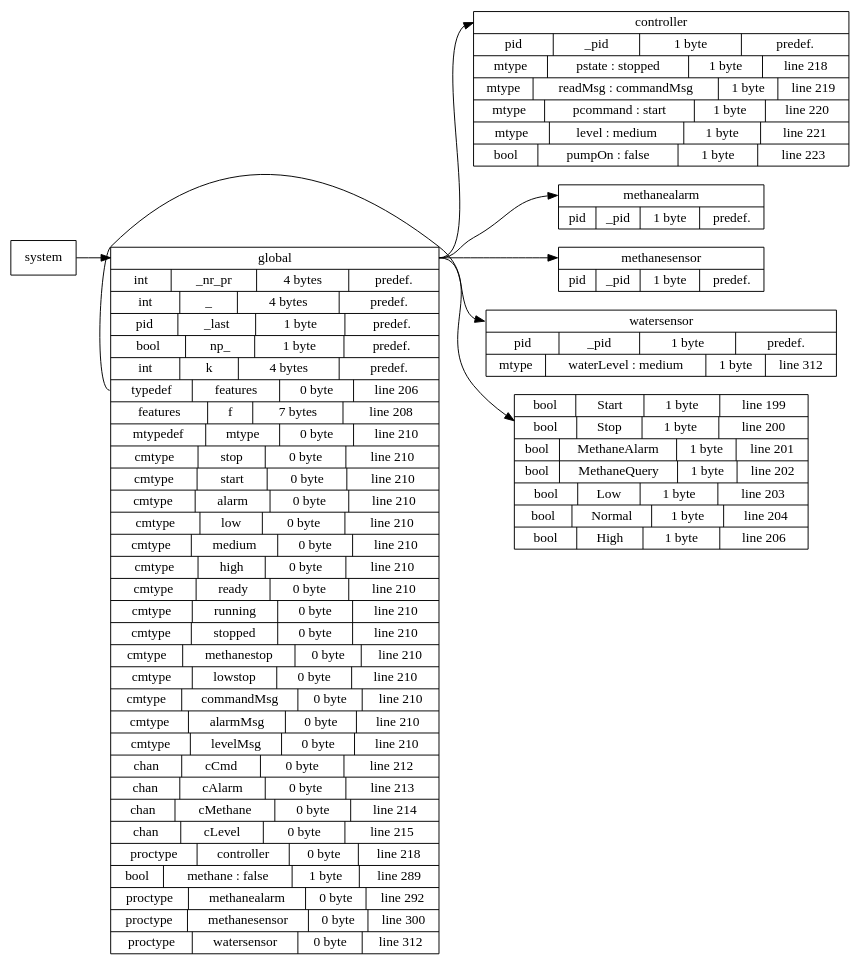
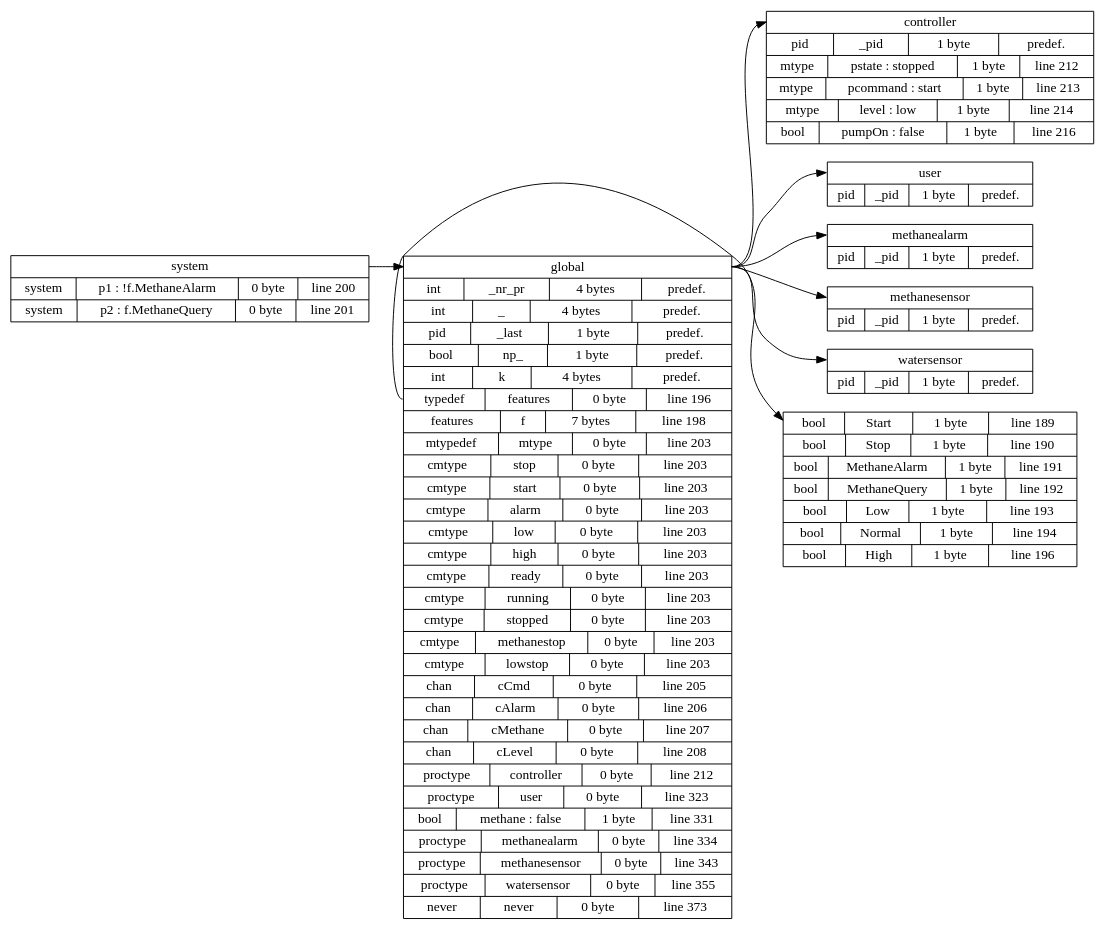
One commit to samilazregsuidi/Daedalux changed the diagram in sym_table_graphviz.dot. Above: the diagram before and after it, drawn with Graphviz. The commit also changed 150 other files, not shown here.

```diff
--- a/sym_table_graphviz.dot
+++ b/sym_table_graphviz.dot
@@ -1,35 +1,40 @@
 digraph symbol_table {
 	 rankdir = LR
-	system[ shape = record, label = "<f0> system"]
+	system[ shape = record, label = "<f0> system | { <94027330033664> system|p1 : !f.MethaneAlarm| 0 byte | line 200 } | { <94027330034928> system|p2 : f.MethaneQuery| 0 byte | line 201 }"]
 
-	global[ shape = record, label = "<f0> global | { <93824994262736> int|_nr_pr| 4 bytes | predef. } | { <93824994264896> int|_| 4 bytes | predef. } | { <93824994302080> pid|_last| 1 byte | predef. } | { <93824994302240> bool|np_| 1 byte | predef. } | { <93824994302400> int|k| 4 bytes | predef. } | { <93824994308128> typedef|features| 0 byte | line 206 } | { <93824994308688> features|f| 7 bytes | line 208 } | { <93824994309072> mtypedef|mtype| 0 byte | line 210 } | { <93824994309200> cmtype|stop| 0 byte | line 210 } | { <93824994309536> cmtype|start| 0 byte | line 210 } | { <93824994309760> cmtype|alarm| 0 byte | line 210 } | { <93824994309984> cmtype|low| 0 byte | line 210 } | { <93824994310208> cmtype|medium| 0 byte | line 210 } | { <93824994310432> cmtype|high| 0 byte | line 210 } | { <93824994310656> cmtype|ready| 0 byte | line 210 } | { <93824994311120> cmtype|running| 0 byte | line 210 } | { <93824994311344> cmtype|stopped| 0 byte | line 210 } | { <93824994311568> cmtype|methanestop| 0 byte | line 210 } | { <93824994311792> cmtype|lowstop| 0 byte | line 210 } | { <93824994312016> cmtype|commandMsg| 0 byte | line 210 } | { <93824994312240> cmtype|alarmMsg| 0 byte | line 210 } | { <93824994312464> cmtype|levelMsg| 0 byte | line 210 } | { <93824994313168> chan|cCmd| 0 byte | line 212 } | { <93824994313696> chan|cAlarm| 0 byte | line 213 } | { <93824994364784> chan|cMethane| 0 byte | line 214 } | { <93824994365312> chan|cLevel| 0 byte | line 215 } | { <93824994411280> proctype|controller| 0 byte | line 218 } | { <93824994411904> bool|methane : false| 1 byte | line 289 } | { <93824994416336> proctype|methanealarm| 0 byte | line 292 } | { <93824994424400> proctype|methanesensor| 0 byte | line 300 } | { <93824994443440> proctype|watersensor| 0 byte | line 312 }"]
+	global[ shape = record, label = "<f0> global | { <94027329986256> int|_nr_pr| 4 bytes | predef. } | { <94027329988416> int|_| 4 bytes | predef. } | { <94027330025600> pid|_last| 1 byte | predef. } | { <94027330025760> bool|np_| 1 byte | predef. } | { <94027330025920> int|k| 4 bytes | predef. } | { <94027330031648> typedef|features| 0 byte | line 196 } | { <94027330032208> features|f| 7 bytes | line 198 } | { <94027330035296> mtypedef|mtype| 0 byte | line 203 } | { <94027330035424> cmtype|stop| 0 byte | line 203 } | { <94027330035760> cmtype|start| 0 byte | line 203 } | { <94027330035984> cmtype|alarm| 0 byte | line 203 } | { <94027330036208> cmtype|low| 0 byte | line 203 } | { <94027330036432> cmtype|high| 0 byte | line 203 } | { <94027330036896> cmtype|ready| 0 byte | line 203 } | { <94027330037120> cmtype|running| 0 byte | line 203 } | { <94027330037344> cmtype|stopped| 0 byte | line 203 } | { <94027330087984> cmtype|methanestop| 0 byte | line 203 } | { <94027330088208> cmtype|lowstop| 0 byte | line 203 } | { <94027330088672> chan|cCmd| 0 byte | line 205 } | { <94027330089200> chan|cAlarm| 0 byte | line 206 } | { <94027330089728> chan|cMethane| 0 byte | line 207 } | { <94027330090256> chan|cLevel| 0 byte | line 208 } | { <94027330147712> proctype|controller| 0 byte | line 212 } | { <94027330153904> proctype|user| 0 byte | line 323 } | { <94027330154528> bool|methane : false| 1 byte | line 331 } | { <94027330158960> proctype|methanealarm| 0 byte | line 334 } | { <94027330167024> proctype|methanesensor| 0 byte | line 343 } | { <94027330172112> proctype|watersensor| 0 byte | line 355 } | { <94027330184992> never|never| 0 byte | line 373 }"]
 
-	controller[ shape = record, label = "<f0> controller | { <93824994366016> pid|_pid| 1 byte | predef. } | { <93824994366720> mtype|pstate : stopped| 1 byte | line 218 } | { <93824994367552> mtype|readMsg : commandMsg| 1 byte | line 219 } | { <93824994368464> mtype|pcommand : start| 1 byte | line 220 } | { <93824994369376> mtype|level : medium| 1 byte | line 221 } | { <93824994369872> bool|pumpOn : false| 1 byte | line 223 }"]
+	controller[ shape = record, label = "<f0> controller | { <94027330090960> pid|_pid| 1 byte | predef. } | { <94027330091776> mtype|pstate : stopped| 1 byte | line 212 } | { <94027330092608> mtype|pcommand : start| 1 byte | line 213 } | { <94027330093520> mtype|level : low| 1 byte | line 214 } | { <94027330094016> bool|pumpOn : false| 1 byte | line 216 }"]
 
 
 	global:f0 -> controller:f0
 
-	methanealarm[ shape = record, label = "<f0> methanealarm | { <93824994412544> pid|_pid| 1 byte | predef. }"]
+	user[ shape = record, label = "<f0> user | { <94027330148512> pid|_pid| 1 byte | predef. }"]
+
+
+	global:f0 -> user:f0
+
+	methanealarm[ shape = record, label = "<f0> methanealarm | { <94027330155168> pid|_pid| 1 byte | predef. }"]
 
 
 	global:f0 -> methanealarm:f0
 
-	methanesensor[ shape = record, label = "<f0> methanesensor | { <93824994417136> pid|_pid| 1 byte | predef. }"]
+	methanesensor[ shape = record, label = "<f0> methanesensor | { <94027330159760> pid|_pid| 1 byte | predef. }"]
 
 
 	global:f0 -> methanesensor:f0
 
-	watersensor[ shape = record, label = "<f0> watersensor | { <93824994425200> pid|_pid| 1 byte | predef. } | { <93824994425984> mtype|waterLevel : medium| 1 byte | line 312 }"]
+	watersensor[ shape = record, label = "<f0> watersensor | { <94027330167824> pid|_pid| 1 byte | predef. }"]
 
 
 	global:f0 -> watersensor:f0
 
-	features[ shape = record, label = "{ <93824994306816> bool|Start| 1 byte | line 199 } | { <93824994307008> bool|Stop| 1 byte | line 200 } | { <93824994307200> bool|MethaneAlarm| 1 byte | line 201 } | { <93824994307392> bool|MethaneQuery| 1 byte | line 202 } | { <93824994307584> bool|Low| 1 byte | line 203 } | { <93824994307776> bool|Normal| 1 byte | line 204 } | { <93824994307968> bool|High| 1 byte | line 206 }"]
+	features[ shape = record, label = "{ <94027330030336> bool|Start| 1 byte | line 189 } | { <94027330030528> bool|Stop| 1 byte | line 190 } | { <94027330030720> bool|MethaneAlarm| 1 byte | line 191 } | { <94027330030912> bool|MethaneQuery| 1 byte | line 192 } | { <94027330031104> bool|Low| 1 byte | line 193 } | { <94027330031296> bool|Normal| 1 byte | line 194 } | { <94027330031488> bool|High| 1 byte | line 196 }"]
 
-	global:93824994308128 -> features
+	global:94027330031648 -> features
 
 
 	system:f0 -> global:f0
 
 
 }
```
